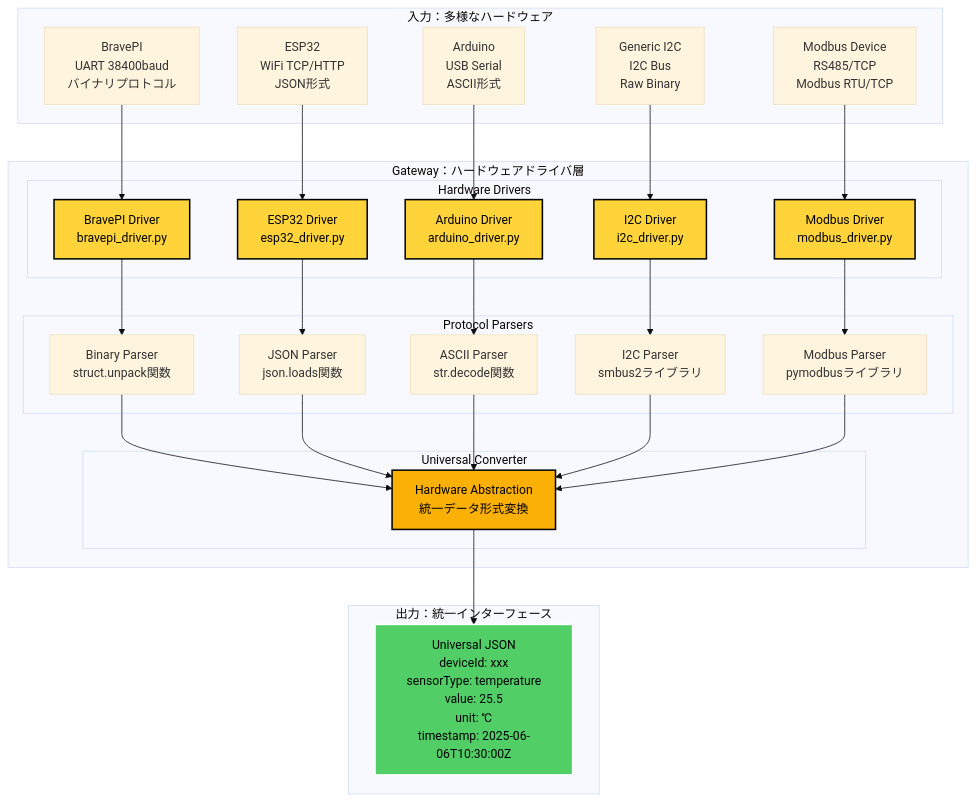
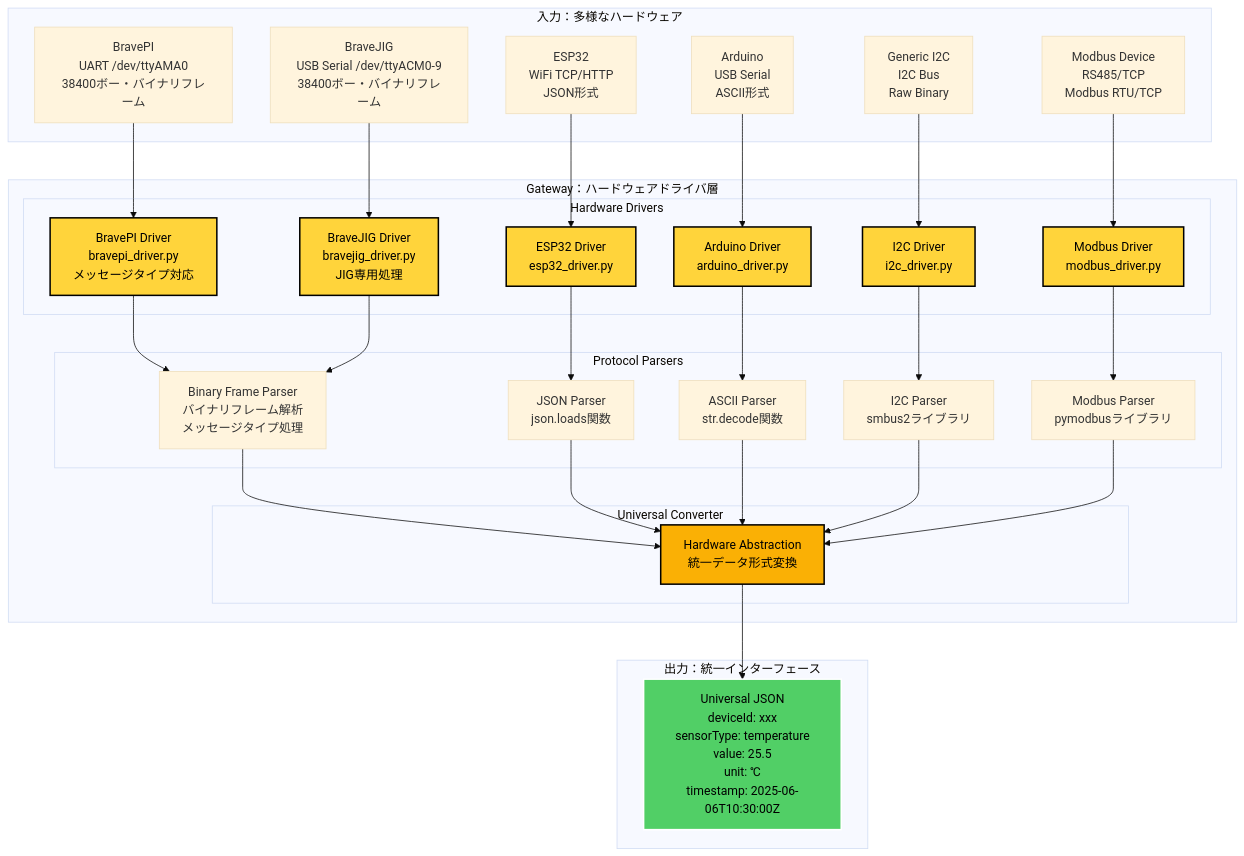
One commit to w-pinkietech/iot4-copy changed the fifth of 15 diagrams in docs/new-system/architecture/system-overview-diagrams.md. Above: the diagram before and after it, drawn with Mermaid (base theme). The commit also changed other lines of this file, not shown here.

First line of the commit message:
docs: Update BravePI/JIG communication protocols in system diagrams

````diff
--- a/docs/new-system/architecture/system-overview-diagrams.md
+++ b/docs/new-system/architecture/system-overview-diagrams.md
@@ -215,58 +218,62 @@
 ```mermaid
 graph TB
     subgraph "入力：多様なハードウェア"
-        INPUT1[BravePI<br/>UART 38400baud<br/>バイナリプロトコル]
+        INPUT1[BravePI<br/>UART /dev/ttyAMA0<br/>38400ボー・バイナリフレーム]
+        INPUT1B[BraveJIG<br/>USB Serial /dev/ttyACM0-9<br/>38400ボー・バイナリフレーム]
         INPUT2[ESP32<br/>WiFi TCP/HTTP<br/>JSON形式]
         INPUT3[Arduino<br/>USB Serial<br/>ASCII形式]
         INPUT4[Generic I2C<br/>I2C Bus<br/>Raw Binary]
         INPUT5[Modbus Device<br/>RS485/TCP<br/>Modbus RTU/TCP]
     end
     
     subgraph "Gateway：ハードウェアドライバ層"
         subgraph "Hardware Drivers"
-            D1[BravePI Driver<br/>bravepi_driver.py]
+            D1[BravePI Driver<br/>bravepi_driver.py<br/>メッセージタイプ対応]
+            D1B[BraveJIG Driver<br/>bravejig_driver.py<br/>JIG専用処理]
             D2[ESP32 Driver<br/>esp32_driver.py]
             D3[Arduino Driver<br/>arduino_driver.py]
             D4[I2C Driver<br/>i2c_driver.py]
             D5[Modbus Driver<br/>modbus_driver.py]
         end
         
         subgraph "Protocol Parsers"
-            P1[Binary Parser<br/>struct.unpack関数]
+            P1[Binary Frame Parser<br/>バイナリフレーム解析<br/>メッセージタイプ処理]
             P2[JSON Parser<br/>json.loads関数]
             P3[ASCII Parser<br/>str.decode関数]
             P4[I2C Parser<br/>smbus2ライブラリ]
             P5[Modbus Parser<br/>pymodbusライブラリ]
         end
         
         subgraph "Universal Converter"
             CONV[Hardware Abstraction<br/>統一データ形式変換]
         end
     end
     
     subgraph "出力：統一インターフェース"
         OUTPUT["Universal JSON<br/>deviceId: xxx<br/>sensorType: temperature<br/>value: 25.5<br/>unit: ℃<br/>timestamp: 2025-06-06T10:30:00Z"]
     end
     
     INPUT1 --> D1 --> P1
+    INPUT1B --> D1B --> P1
     INPUT2 --> D2 --> P2  
     INPUT3 --> D3 --> P3
     INPUT4 --> D4 --> P4
     INPUT5 --> D5 --> P5
     
     P1 --> CONV
     P2 --> CONV
     P3 --> CONV
     P4 --> CONV
     P5 --> CONV
     
     CONV --> OUTPUT
     
     style D1 fill:#ffd43b,stroke:#000,stroke-width:2px,color:#000
+    style D1B fill:#ffd43b,stroke:#000,stroke-width:2px,color:#000
     style D2 fill:#ffd43b,stroke:#000,stroke-width:2px,color:#000
     style D3 fill:#ffd43b,stroke:#000,stroke-width:2px,color:#000
     style D4 fill:#ffd43b,stroke:#000,stroke-width:2px,color:#000
     style D5 fill:#ffd43b,stroke:#000,stroke-width:2px,color:#000
     style CONV fill:#fab005,stroke:#000,stroke-width:2px,color:#000
     style OUTPUT fill:#51cf66,stroke:#fff,stroke-width:2px,color:#000
 ```
````
